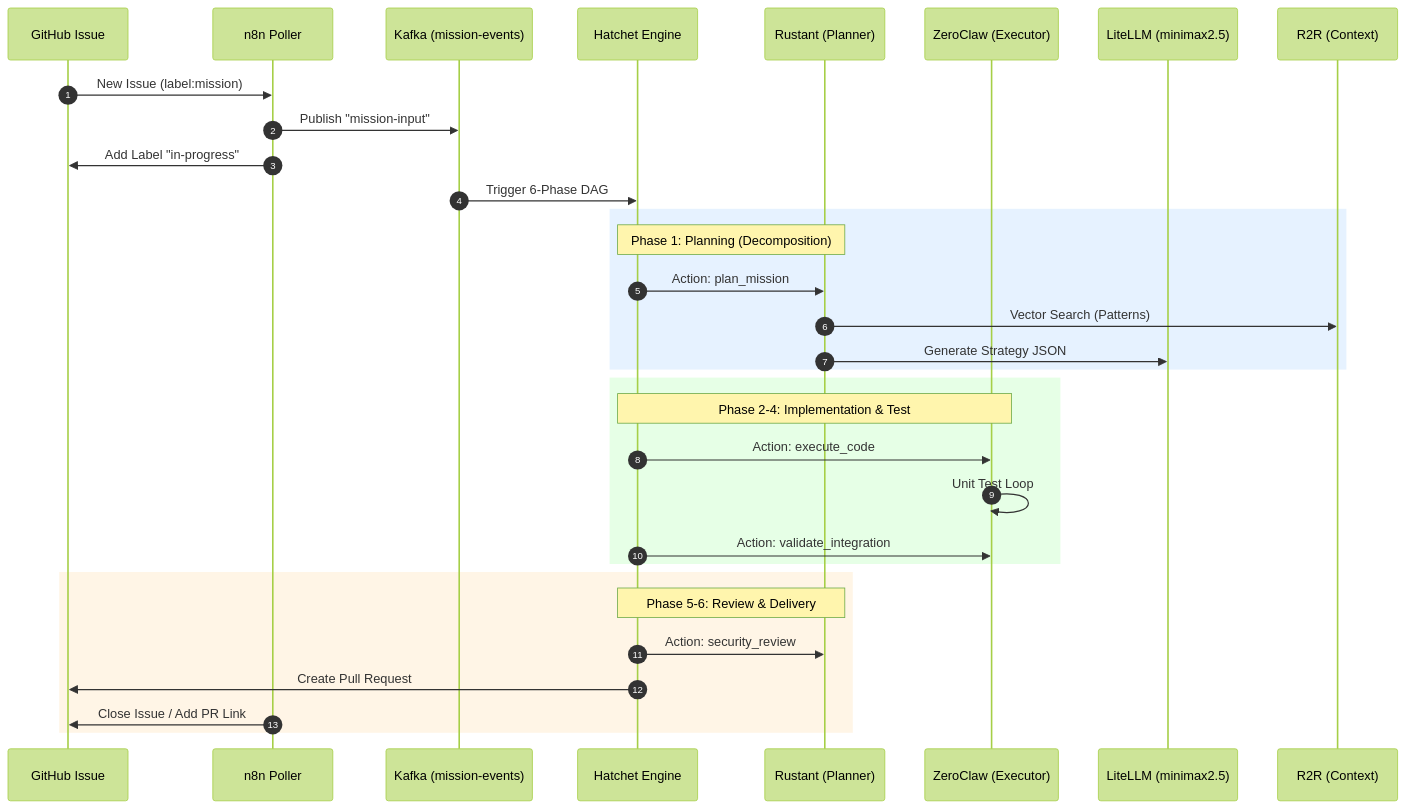
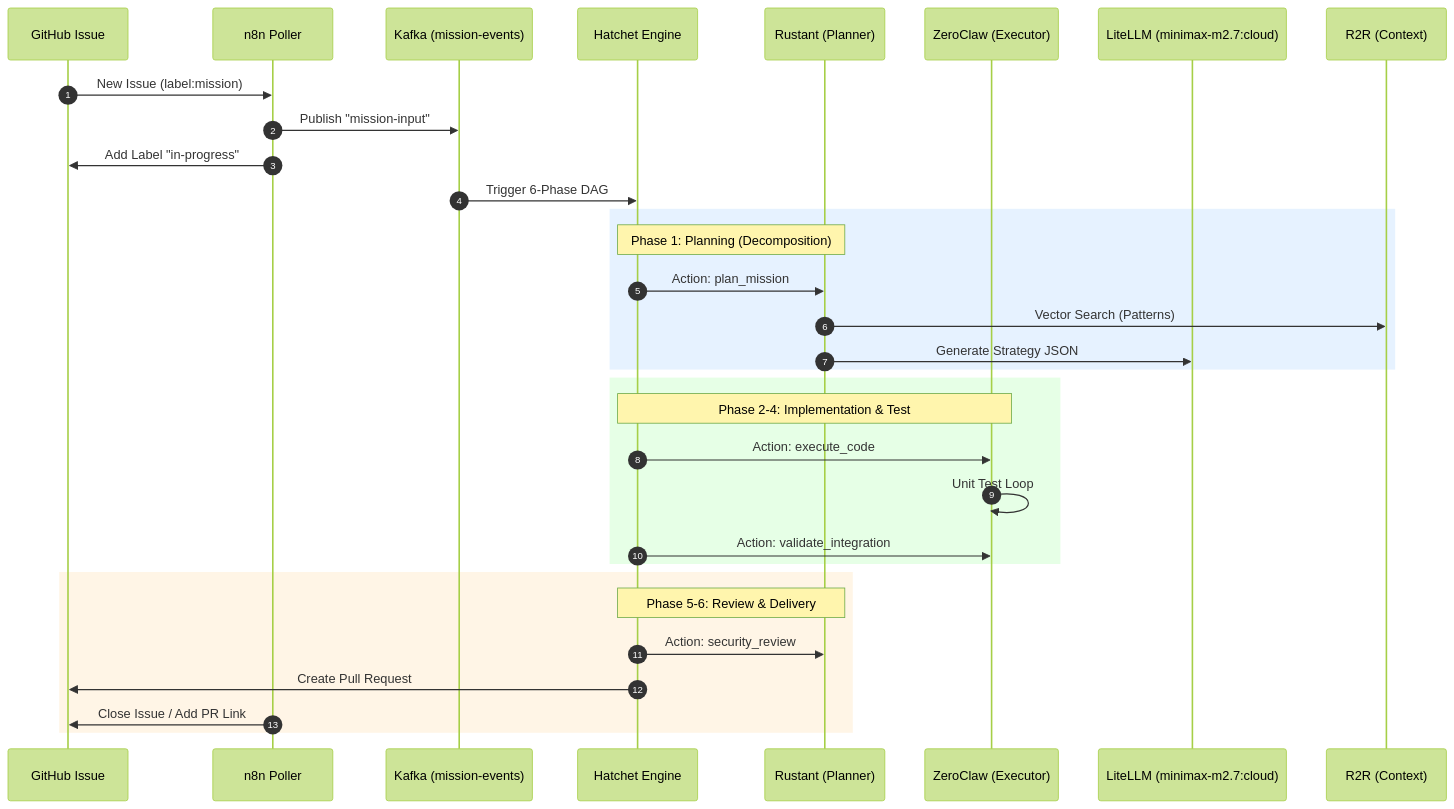
Before and after one commit to lgcorzo/rust_CACD_autonomous_factory: the first of 6 diagrams in wiki/execution_flows.md, drawn with Mermaid (forest theme). The commit also changed 2 other files, not shown here.

Commit message:
docs: update model name to minimax-m2.7:cloud in all wiki files

````diff
--- a/wiki/execution_flows.md
+++ b/wiki/execution_flows.md
@@ -7,39 +7,39 @@
 ```mermaid
 sequenceDiagram
     autonumber
     participant GH as GitHub Issue
     participant n8n as n8n Poller
     participant Kafka as Kafka (mission-events)
     participant Hatchet as Hatchet Engine
     participant RU as Rustant (Planner)
     participant ZC as ZeroClaw (Executor)
-    participant LLM as LiteLLM (minimax2.5)
+    participant LLM as LiteLLM (minimax-m2.7:cloud)
     participant R2R as R2R (Context)
 
     GH->>n8n: New Issue (label:mission)
     n8n->>Kafka: Publish "mission-input"
     n8n->>GH: Add Label "in-progress"
 
     Kafka->>Hatchet: Trigger 6-Phase DAG
     
     rect rgb(230, 242, 255)
     Note over Hatchet,RU: Phase 1: Planning (Decomposition)
     Hatchet->>RU: Action: plan_mission
     RU->>R2R: Vector Search (Patterns)
     RU->>LLM: Generate Strategy JSON
     end
 
     rect rgb(230, 255, 230)
     Note over Hatchet,ZC: Phase 2-4: Implementation & Test
     Hatchet->>ZC: Action: execute_code
     ZC->>ZC: Unit Test Loop
     Hatchet->>ZC: Action: validate_integration
     end
 
     rect rgb(255, 245, 230)
     Note over Hatchet,RU: Phase 5-6: Review & Delivery
     Hatchet->>RU: Action: security_review
     Hatchet->>GH: Create Pull Request
     n8n->>GH: Close Issue / Add PR Link
     end
 ```
````
